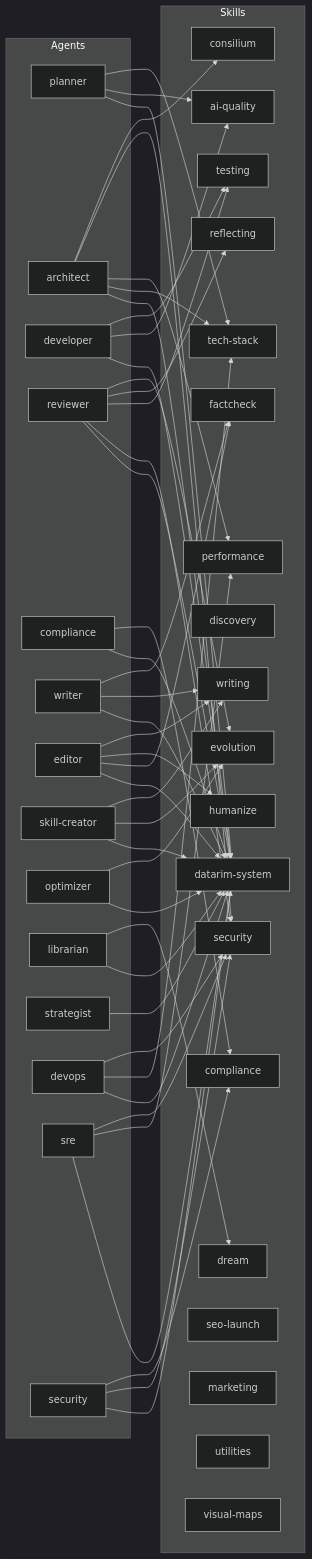
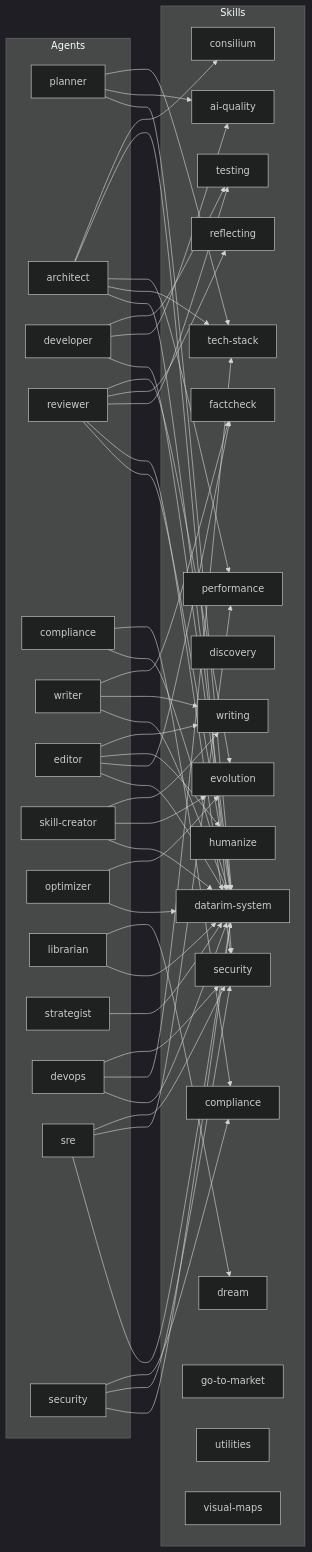
One commit to Arcanada-one/datarim changed the fourth of 4 diagrams in skills/visual-maps/utility-and-dependencies.md. Above: the diagram before and after it, drawn with Mermaid (dark theme). The commit also changed 19 other files, not shown here.

First line of the commit message:
TUNE-0017: merge seo-launch+marketing → go-to-market, shorten descriptions

````diff
--- a/skills/visual-maps/utility-and-dependencies.md
+++ b/skills/visual-maps/utility-and-dependencies.md
@@ -100,56 +100,55 @@
 ```mermaid
 graph LR
     subgraph "Agents"
         planner["planner"]
         architect["architect"]
         developer["developer"]
         reviewer["reviewer"]
         comp_agent["compliance"]
         writer_agent["writer"]
         editor_agent["editor"]
         skill_creator["skill-creator"]
         optimizer_agent["optimizer"]
         librarian["librarian"]
         strategist["strategist"]
         devops_agent["devops"]
         sre_agent["sre"]
         security_agent["security"]
     end
 
     subgraph "Skills"
         sys["datarim-system"]
         aiq["ai-quality"]
         sec["security"]
         test["testing"]
         perf["performance"]
         tech["tech-stack"]
         cons["consilium"]
         disc["discovery"]
         evo["evolution"]
         refl["reflecting"]
         writ["writing"]
         drm["dream"]
         comp_sk["compliance"]
         fc["factcheck"]
         hum["humanize"]
-        seo["seo-launch"]
-        mkt["marketing"]
+        gtm["go-to-market"]
         util["utilities"]
         vmap["visual-maps"]
     end
 
     planner --> sys & aiq & tech
     architect --> sys & tech & perf & sec & cons
     developer --> sys & aiq & test
     reviewer --> sys & sec & test & refl & evo
     comp_agent --> sys & comp_sk
     writer_agent --> sys & writ & fc
     editor_agent --> sys & fc & hum & writ
     skill_creator --> sys & evo & writ
     optimizer_agent --> sys & evo
     librarian --> sys & drm
     strategist --> sys
     devops_agent --> sys & tech & sec
     sre_agent --> sys & perf & sec
     security_agent --> sys & sec & comp_sk
 ```
````
